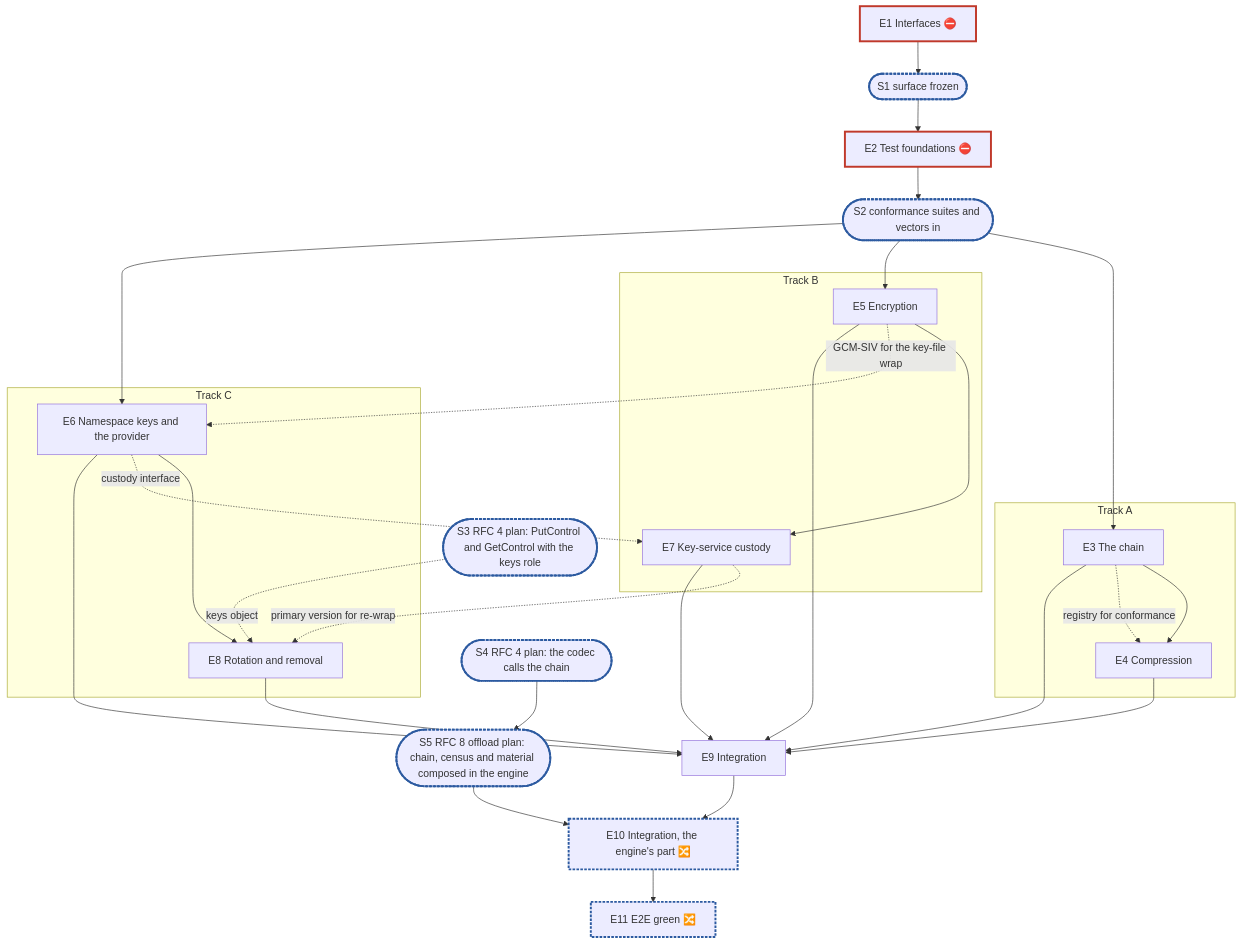
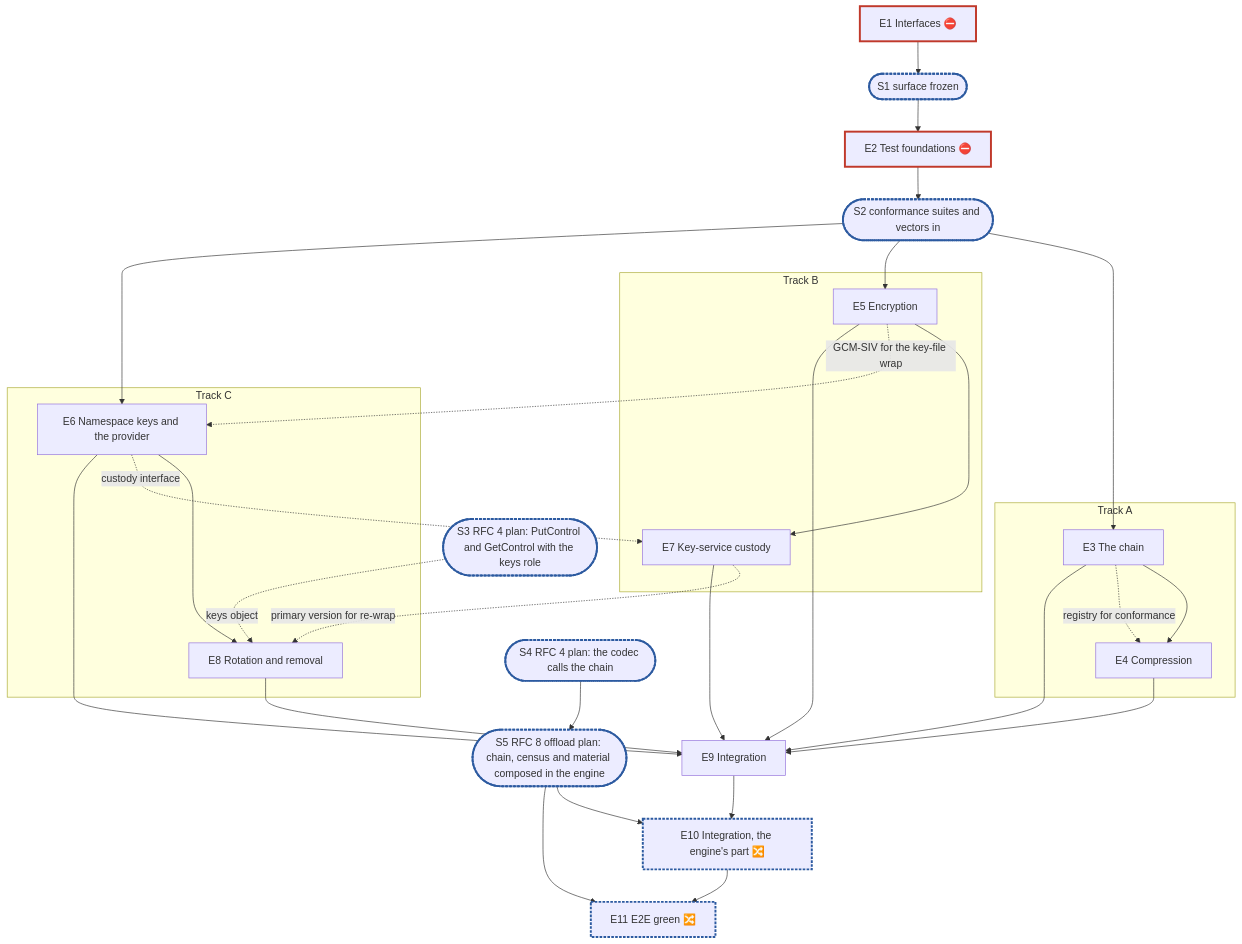
One commit to cubbit/dittofs changed the diagram in .planning/rfc-5-transforms-plan.md. Above: the diagram before and after it, drawn with Mermaid. The commit also changed other lines of this file, not shown here.

Commit message:
docs(planning): RFC 5 plan, graph edge and D8 wording (wip)

````diff
--- a/.planning/rfc-5-transforms-plan.md
+++ b/.planning/rfc-5-transforms-plan.md
@@ -281,26 +281,27 @@
 ```mermaid
 flowchart TD
   E1["E1 Interfaces ⛔"]:::blocker --> S1(["S1 surface frozen"]):::sync
   S1 --> E2["E2 Test foundations ⛔"]:::blocker --> S2(["S2 conformance suites and vectors in"]):::sync
   subgraph A["Track A"]
     E3["E3 The chain"] --> E4["E4 Compression"]
   end
   subgraph B["Track B"]
     E5["E5 Encryption"] --> E7["E7 Key-service custody"]
   end
   subgraph C["Track C"]
     E6["E6 Namespace keys and the provider"] --> E8["E8 Rotation and removal"]
   end
   S2 --> E3 & E5 & E6
   E3 -. "registry for conformance" .-> E4
   E5 -. "GCM-SIV for the key-file wrap" .-> E6
   E6 -. "custody interface" .-> E7
   E7 -. "primary version for re-wrap" .-> E8
   S3(["S3 RFC 4 plan: PutControl and GetControl with the keys role"]):::sync -. "keys object" .-> E8
   E3 & E4 & E5 & E6 & E7 & E8 --> E9["E9 Integration"]
   S4(["S4 RFC 4 plan: the codec calls the chain"]):::sync --> S5
   S5(["S5 RFC 8 offload plan: chain, census and material composed in the engine"]):::sync --> E10["E10 Integration, the engine's part 🔀"]:::sync
   E9 --> E10 --> E11["E11 E2E green 🔀"]:::sync
+  S5 --> E11
   classDef blocker stroke:#c0392b,stroke-width:3px
   classDef sync stroke:#2c5aa0,stroke-width:3px,stroke-dasharray:4 2
 ```
````
